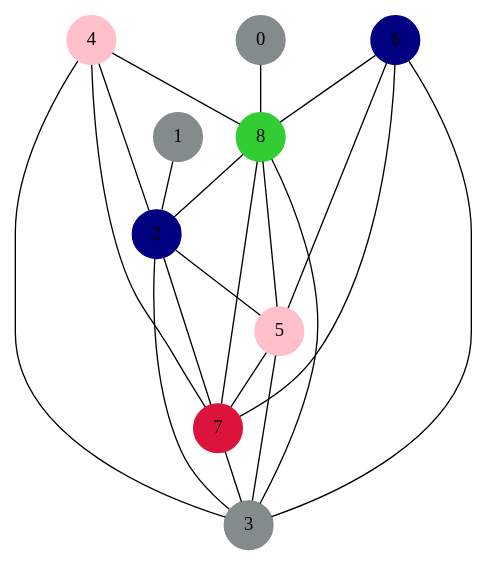
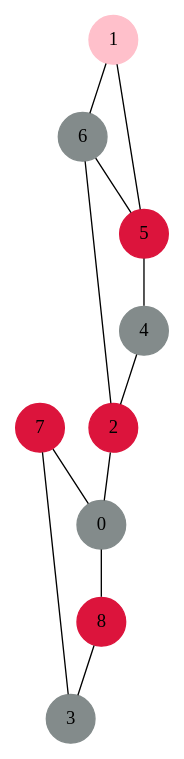
Before and after one commit to zakoo20122/gceda: the diagram in exact.dot, drawn with Graphviz. The commit also changed 3 other files, not shown here.

```diff
--- a/exact.dot
+++ b/exact.dot
@@ -1,32 +1,23 @@
 graph G { 
 graph [splines = true] node [height=0.4 shape=circle style=filled]
 3 [ color= azure4] ;
-2 [ color= navyblue] ;
-1 [ color= azure4] ;
+2 [ color= crimson] ;
+1 [ color= pink] ;
 0 [ color= azure4] ;
 7 [ color= crimson] ;
-6 [ color= navyblue] ;
-5 [ color= pink] ;
-4 [ color= pink] ;
-8 [ color= limegreen] ;
-2 -- 7;
-2 -- 5;
-2 -- 3;
-1 -- 2;
+6 [ color= azure4] ;
+5 [ color= crimson] ;
+4 [ color= azure4] ;
+8 [ color= crimson] ;
+2 -- 0;
+1 -- 6;
+1 -- 5;
 0 -- 8;
+7 -- 0;
 7 -- 3;
-6 -- 7;
-6 -- 3;
 6 -- 5;
-6 -- 8;
-5 -- 7;
-5 -- 3;
-4 -- 7;
-4 -- 8;
-4 -- 3;
+6 -- 2;
+5 -- 4;
 4 -- 2;
-8 -- 2;
-8 -- 7;
-8 -- 5;
 8 -- 3;
 }
```
